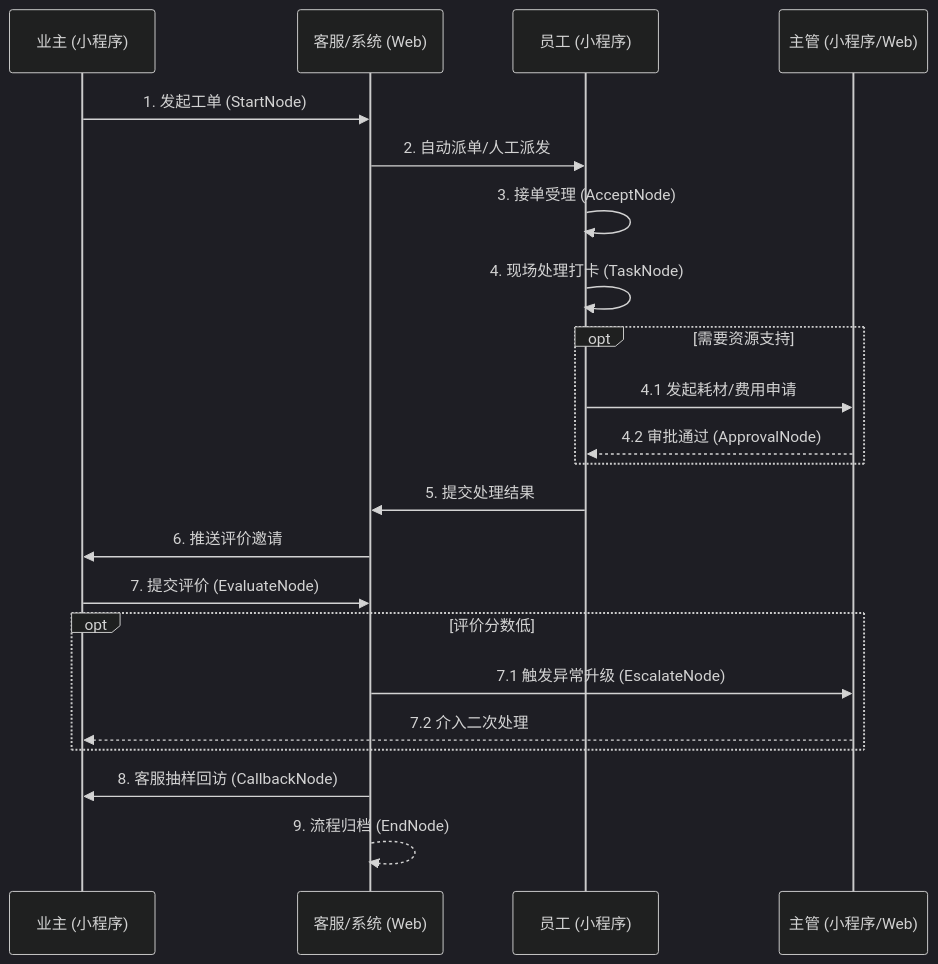
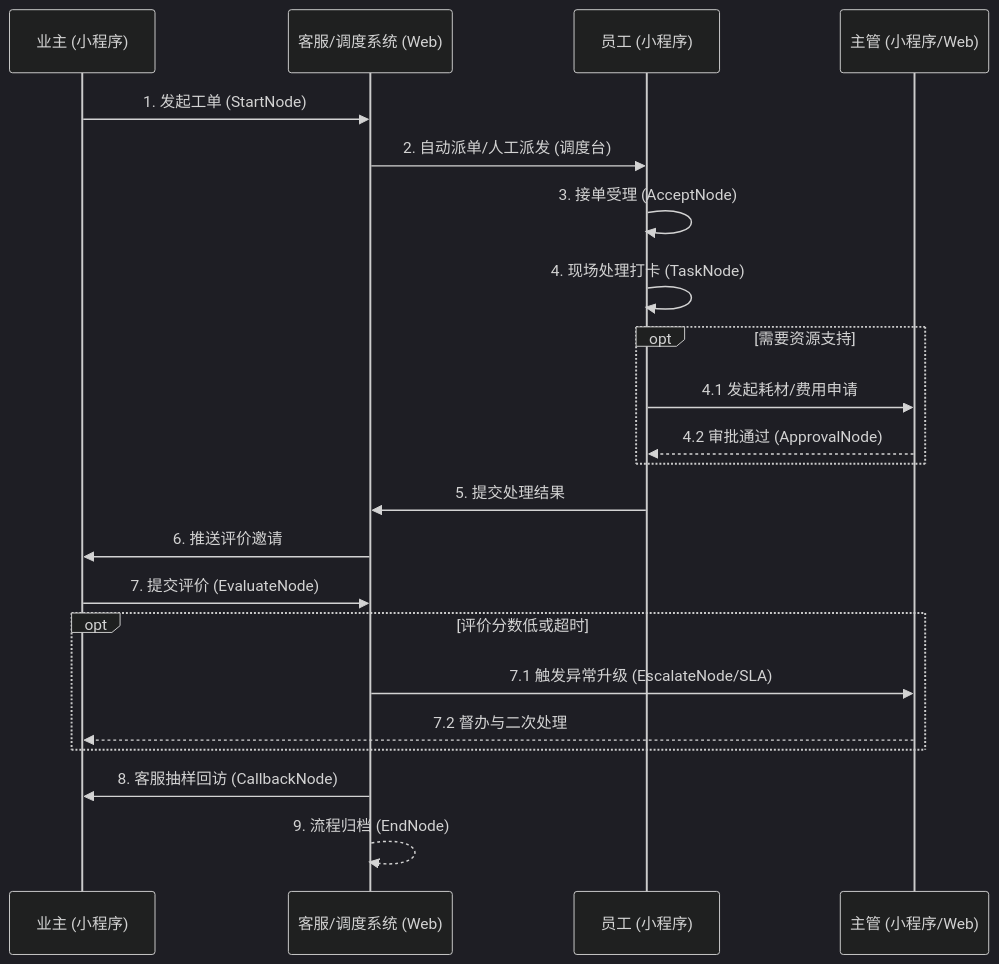
Before and after one commit to chip1991/custom-work-order-flow: the diagram in .trae/documents/PRD.md, drawn with Mermaid (dark theme). The commit also changed other lines of this file and 1 other file, not shown here.

````diff
--- a/.trae/documents/PRD.md
+++ b/.trae/documents/PRD.md
@@ -50,25 +62,25 @@
 ```mermaid
 sequenceDiagram
     participant O as 业主 (小程序)
-    participant S as 客服/系统 (Web)
+    participant S as 客服/调度系统 (Web)
     participant E as 员工 (小程序)
     participant M as 主管 (小程序/Web)
 
     O->>S: 1. 发起工单 (StartNode)
-    S->>E: 2. 自动派单/人工派发
+    S->>E: 2. 自动派单/人工派发 (调度台)
     E->>E: 3. 接单受理 (AcceptNode)
     E->>E: 4. 现场处理打卡 (TaskNode)
     opt 需要资源支持
         E->>M: 4.1 发起耗材/费用申请
         M-->>E: 4.2 审批通过 (ApprovalNode)
     end
     E->>S: 5. 提交处理结果
     S->>O: 6. 推送评价邀请
     O->>S: 7. 提交评价 (EvaluateNode)
-    opt 评价分数低
-        S->>M: 7.1 触发异常升级 (EscalateNode)
-        M-->>O: 7.2 介入二次处理
+    opt 评价分数低或超时
+        S->>M: 7.1 触发异常升级 (EscalateNode/SLA)
+        M-->>O: 7.2 督办与二次处理
     end
     S->>O: 8. 客服抽样回访 (CallbackNode)
     S-->>S: 9. 流程归档 (EndNode)
 ```
````
